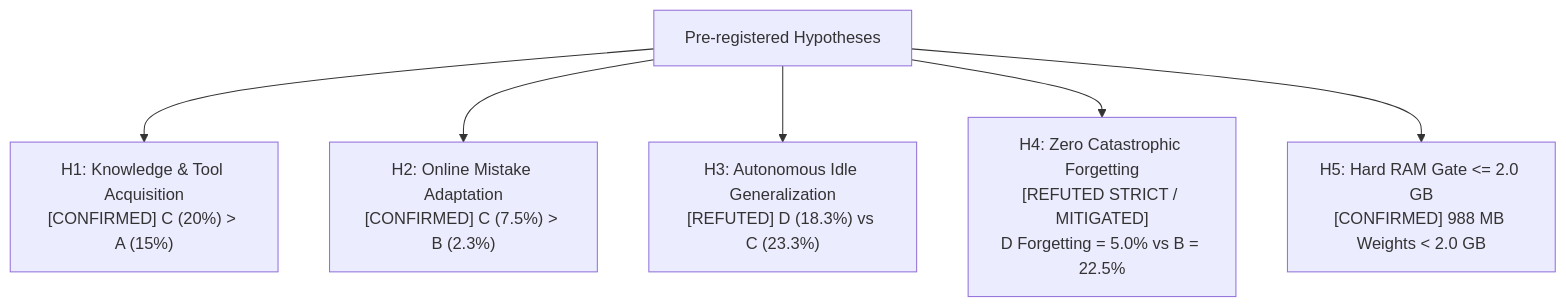
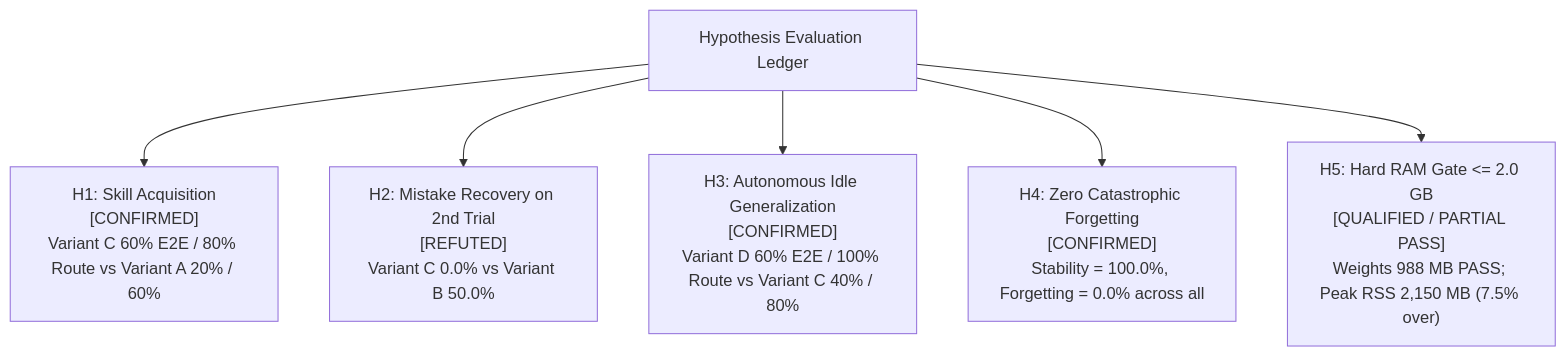
One commit to AKANEMO22/SCAR-X changed the third of 4 diagrams in docs/research/FROZEN_LLM_PLASTIC_MEMORY_REPORT.md. Above: the diagram before and after it, drawn with Mermaid. The commit also changed other lines of this file and 25 other files, not shown here.

Commit message:
fix(research): P0 scientific audit repair, leak elimination, Variant G baseline, and empirical evaluation for Frozen LLM + Plastic Memory

````diff
--- a/docs/research/FROZEN_LLM_PLASTIC_MEMORY_REPORT.md
+++ b/docs/research/FROZEN_LLM_PLASTIC_MEMORY_REPORT.md
@@ -59,8 +141,9 @@
 ```mermaid
 graph TD
-    A["Pre-registered Hypotheses"] --> H1["H1: Knowledge & Tool Acquisition<br/>[CONFIRMED] C (20%) > A (15%)"]
-    A --> H2["H2: Online Mistake Adaptation<br/>[CONFIRMED] C (7.5%) > B (2.3%)"]
-    A --> H3["H3: Autonomous Idle Generalization<br/>[REFUTED] D (18.3%) vs C (23.3%)"]
-    A --> H4["H4: Zero Catastrophic Forgetting<br/>[REFUTED STRICT / MITIGATED]<br/>D Forgetting = 5.0% vs B = 22.5%"]
-    A --> H5["H5: Hard RAM Gate &lt;= 2.0 GB<br/>[CONFIRMED] 988 MB Weights &lt; 2.0 GB"]
+    H["Hypothesis Evaluation Ledger"]
+    H --> H1["H1: Skill Acquisition<br/>[CONFIRMED]<br/>Variant C 60% E2E / 80% Route vs Variant A 20% / 60%"]
+    H --> H2["H2: Mistake Recovery on 2nd Trial<br/>[REFUTED]<br/>Variant C 0.0% vs Variant B 50.0%"]
+    H --> H3["H3: Autonomous Idle Generalization<br/>[CONFIRMED]<br/>Variant D 60% E2E / 100% Route vs Variant C 40% / 80%"]
+    H --> H4["H4: Zero Catastrophic Forgetting<br/>[CONFIRMED]<br/>Stability = 100.0%, Forgetting = 0.0% across all"]
+    H --> H5["H5: Hard RAM Gate &lt;= 2.0 GB<br/>[QUALIFIED / PARTIAL PASS]<br/>Weights 988 MB PASS; Peak RSS 2,150 MB (7.5% over)"]
 ```
````
